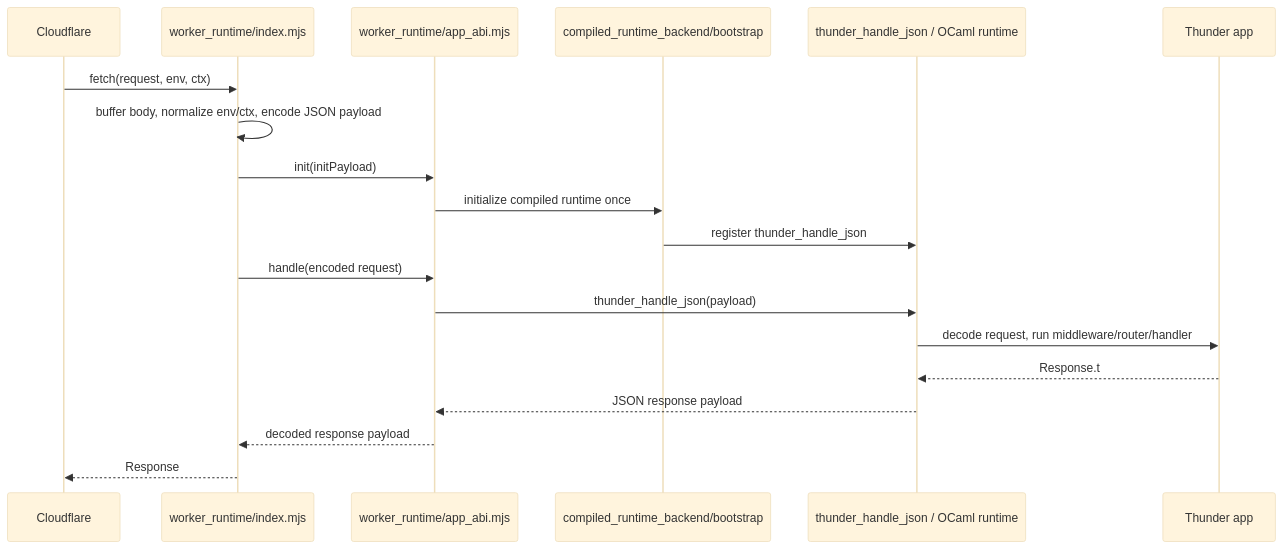
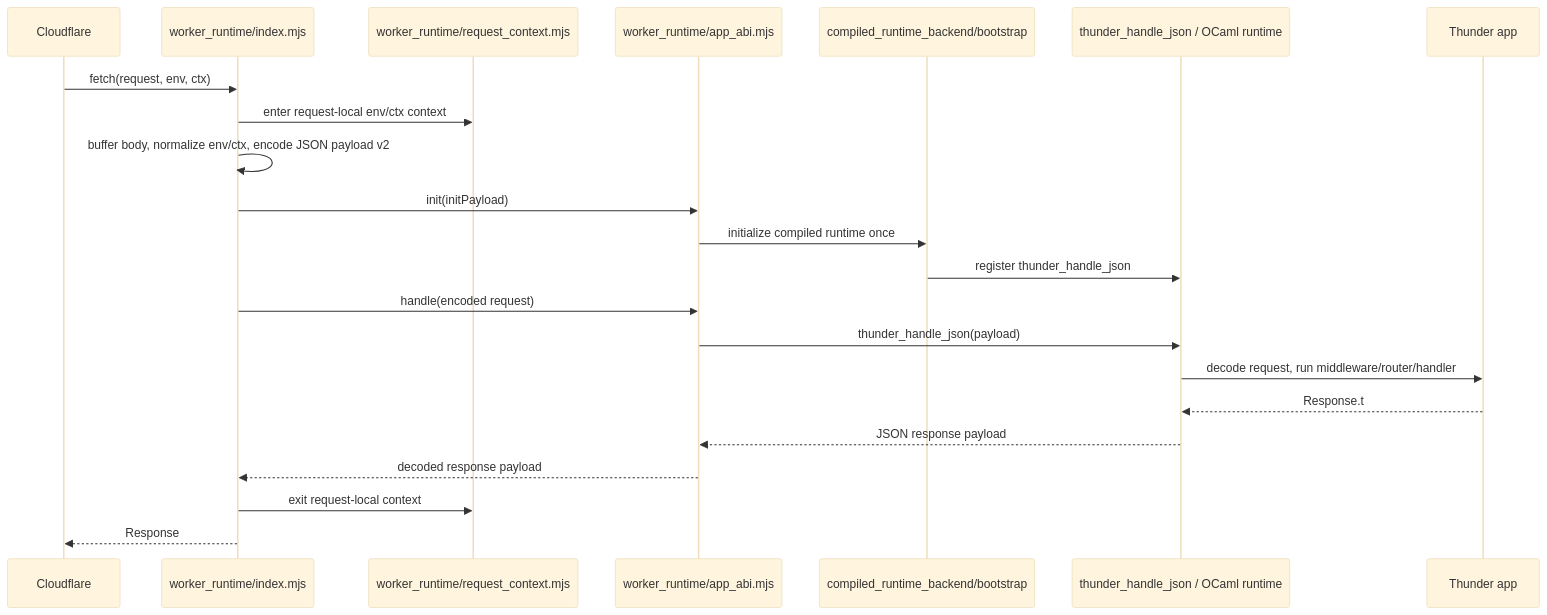
One commit to sam-huckaby/thunder changed the diagram in docs/architecture.md. Above: the diagram before and after it, drawn with Mermaid (base theme). The commit also changed other lines of this file and 109 other files, not shown here.

````diff
--- a/docs/architecture.md
+++ b/docs/architecture.md
@@ -242,22 +314,25 @@
 ```mermaid
 sequenceDiagram
     participant CF as Cloudflare
     participant Host as worker_runtime/index.mjs
+    participant Ctx as worker_runtime/request_context.mjs
     participant ABI as worker_runtime/app_abi.mjs
     participant Boot as compiled_runtime_backend/bootstrap
     participant OCaml as thunder_handle_json / OCaml runtime
     participant App as Thunder app
 
     CF->>Host: fetch(request, env, ctx)
-    Host->>Host: buffer body, normalize env/ctx, encode JSON payload
+    Host->>Ctx: enter request-local env/ctx context
+    Host->>Host: buffer body, normalize env/ctx, encode JSON payload v2
     Host->>ABI: init(initPayload)
     ABI->>Boot: initialize compiled runtime once
     Boot->>OCaml: register thunder_handle_json
     Host->>ABI: handle(encoded request)
     ABI->>OCaml: thunder_handle_json(payload)
     OCaml->>App: decode request, run middleware/router/handler
     App-->>OCaml: Response.t
     OCaml-->>ABI: JSON response payload
     ABI-->>Host: decoded response payload
+    Host->>Ctx: exit request-local context
     Host-->>CF: Response
 ```
````
